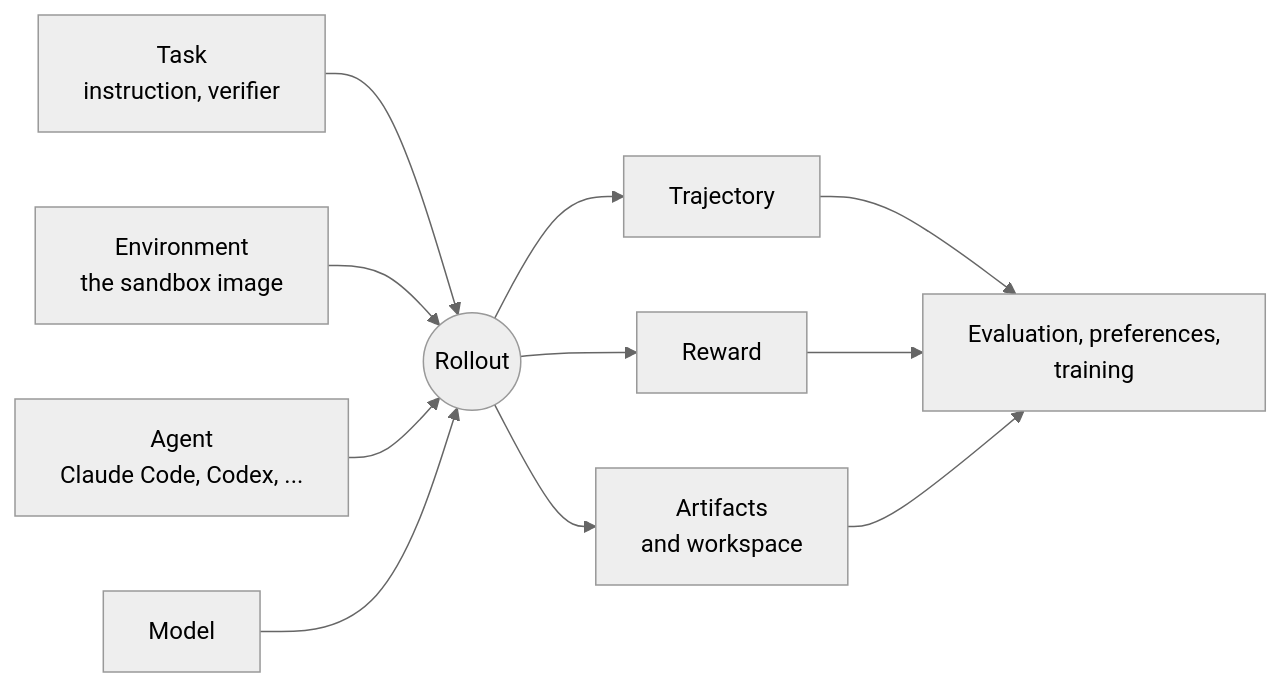
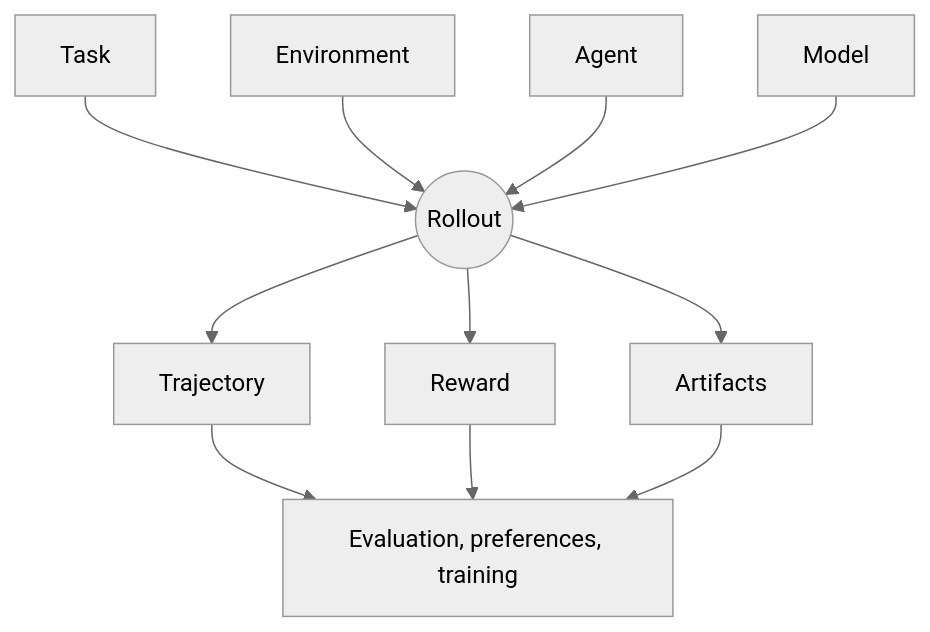
Before and after one commit to benchflow-ai/benchflow: the diagram in docs/start/how-it-works.md, drawn with Mermaid (neutral theme). The commit also changed other lines of this file and 108 other files, not shown here.

````diff
--- a/docs/start/how-it-works.md
+++ b/docs/start/how-it-works.md
@@ -9,13 +9,13 @@
 ```mermaid
-flowchart LR
-  T["Task<br/>instruction, verifier"] --> R(("Rollout"))
-  E["Environment<br/>the sandbox image"] --> R
-  A["Agent<br/>Claude Code, Codex, ..."] --> R
+flowchart TB
+  T["Task"] --> R(("Rollout"))
+  E["Environment"] --> R
+  A["Agent"] --> R
   M["Model"] --> R
   R --> TR["Trajectory"]
   R --> RW["Reward"]
-  R --> AR["Artifacts<br/>and workspace"]
-  TR --> V["Evaluation, preferences,<br/>training"]
+  R --> AR["Artifacts"]
+  TR --> V["Evaluation, preferences, training"]
   RW --> V
   AR --> V
 ```
````
